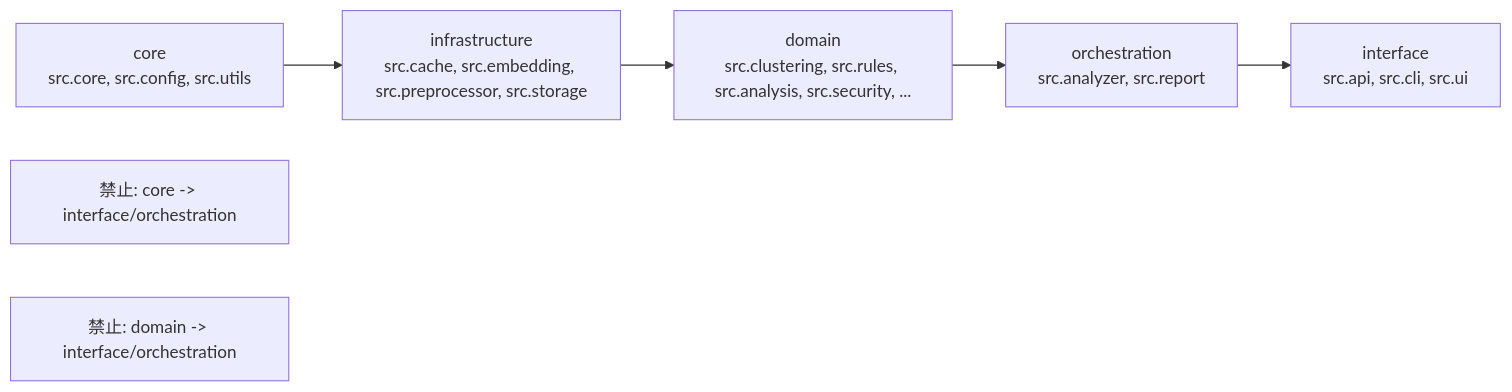
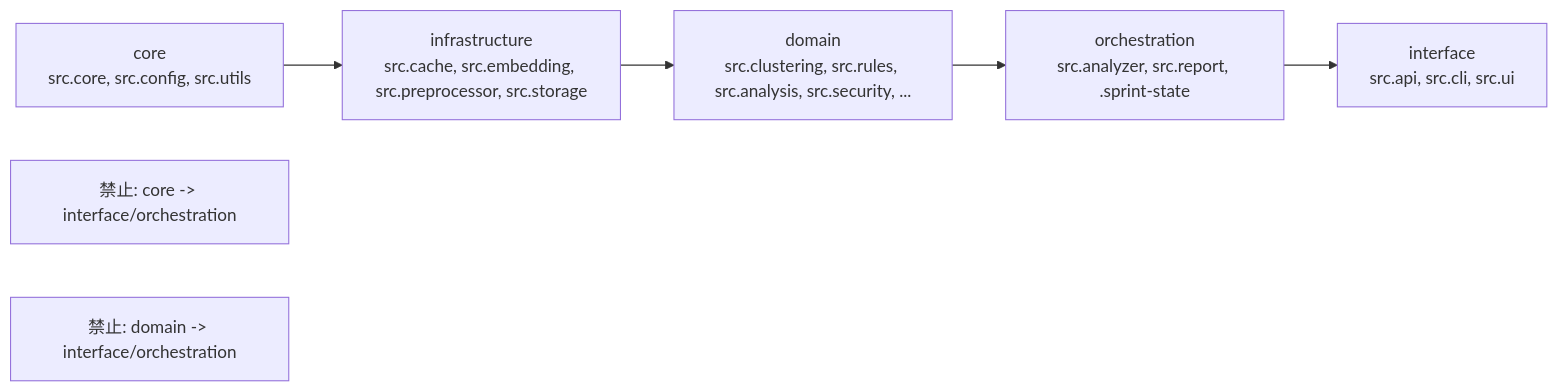
One commit to boyingliu01/fault-review-analyzer changed the sixth of 6 diagrams in .qoder/repowiki/zh/content/开发指南/开发指南.md. Above: the diagram before and after it, drawn with Mermaid. The commit also changed other lines of this file and 125 other files, not shown here.

````diff
--- a/.qoder/repowiki/zh/content/开发指南/开发指南.md
+++ b/.qoder/repowiki/zh/content/开发指南/开发指南.md
@@ -319,9 +399,9 @@
 ```mermaid
 graph LR
 CORE["core<br/>src.core, src.config, src.utils"] --> INFRA["infrastructure<br/>src.cache, src.embedding, src.preprocessor, src.storage"]
 INFRA --> DOMAIN["domain<br/>src.clustering, src.rules, src.analysis, src.security, ..."]
-DOMAIN --> ORCH["orchestration<br/>src.analyzer, src.report"]
+DOMAIN --> ORCH["orchestration<br/>src.analyzer, src.report, .sprint-state"]
 ORCH --> IFACE["interface<br/>src.api, src.cli, src.ui"]
 FORBID1["禁止: core -> interface/orchestration"]
 FORBID2["禁止: domain -> interface/orchestration"]
 ```
````
